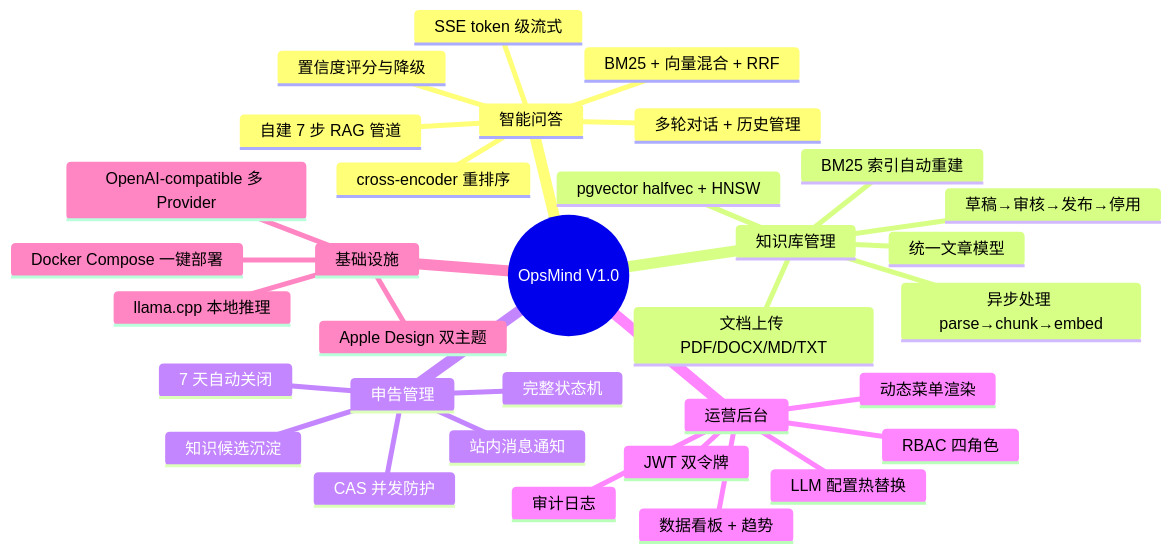
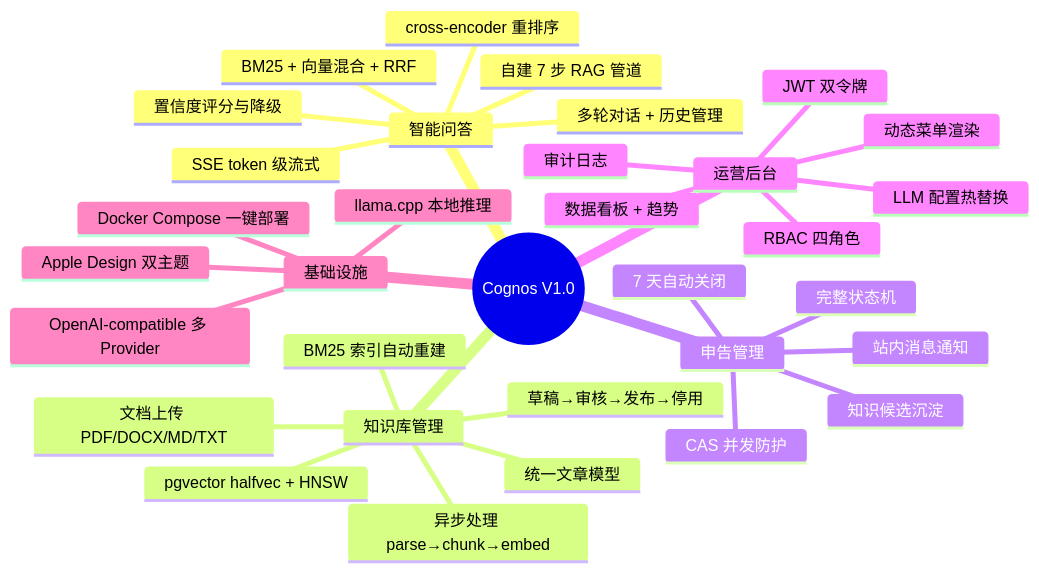
One commit to int2t05/Cognik changed the second of 6 diagrams in docs/ROADMAP.md. Above: the diagram before and after it, drawn with Mermaid. The commit also changed other lines of this file and 176 other files, not shown here.

First line of the commit message:
refactor: 项目改名 OpsMind → Cognos + 脱离运维范畴

````diff
--- a/docs/ROADMAP.md
+++ b/docs/ROADMAP.md
@@ -43,36 +43,36 @@
 ```mermaid
 mindmap
-  root((OpsMind V1.0))
+  root((Cognos V1.0))
     智能问答
       自建 7 步 RAG 管道
       BM25 + 向量混合 + RRF
       cross-encoder 重排序
       SSE token 级流式
       多轮对话 + 历史管理
       置信度评分与降级
     知识库管理
       统一文章模型
       草稿→审核→发布→停用
       文档上传 PDF/DOCX/MD/TXT
       异步处理 parse→chunk→embed
       pgvector halfvec + HNSW
       BM25 索引自动重建
     申告管理
       完整状态机
       7 天自动关闭
       CAS 并发防护
       知识候选沉淀
       站内消息通知
     运营后台
       RBAC 四角色
       JWT 双令牌
       动态菜单渲染
       数据看板 + 趋势
       审计日志
       LLM 配置热替换
     基础设施
       Docker Compose 一键部署
       llama.cpp 本地推理
       OpenAI-compatible 多 Provider
       Apple Design 双主题
 ```
````
